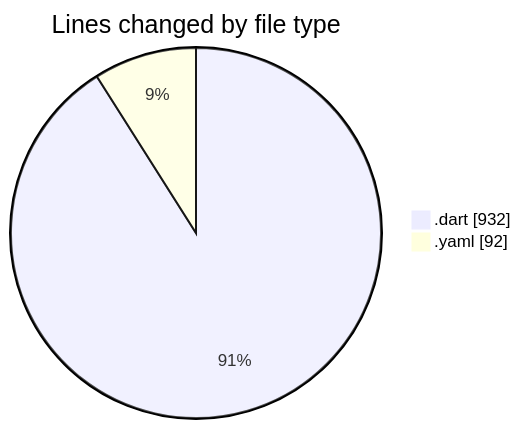
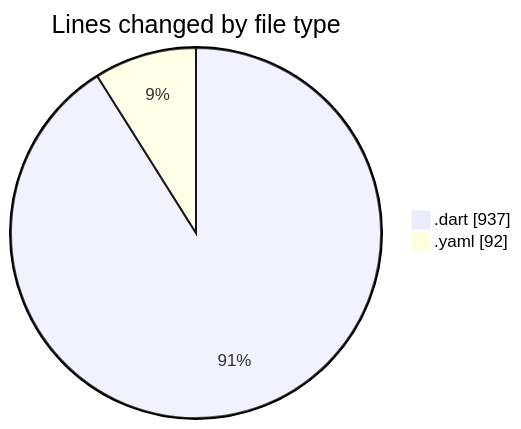
One commit to donsfak/code-tracking changed the first of 2 diagrams in 2025-03-27/wordle/README.md. Above: the diagram before and after it, drawn with Mermaid. The commit also changed other lines of this file and 1 other file, not shown here.

````diff
--- a/2025-03-27/wordle/README.md
+++ b/2025-03-27/wordle/README.md
@@ -28,6 +28,6 @@
 ```mermaid
 pie showData
 title Lines changed by file type
-".dart" : 932
+".dart" : 937
 ".yaml" : 92
 ```
````
